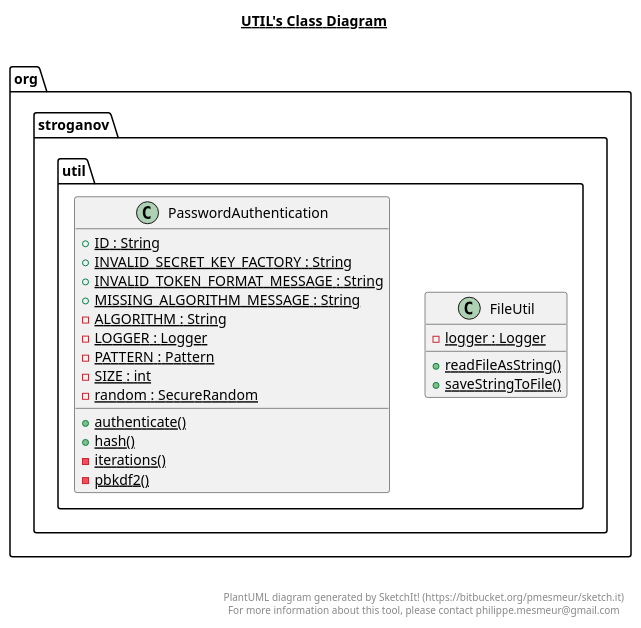
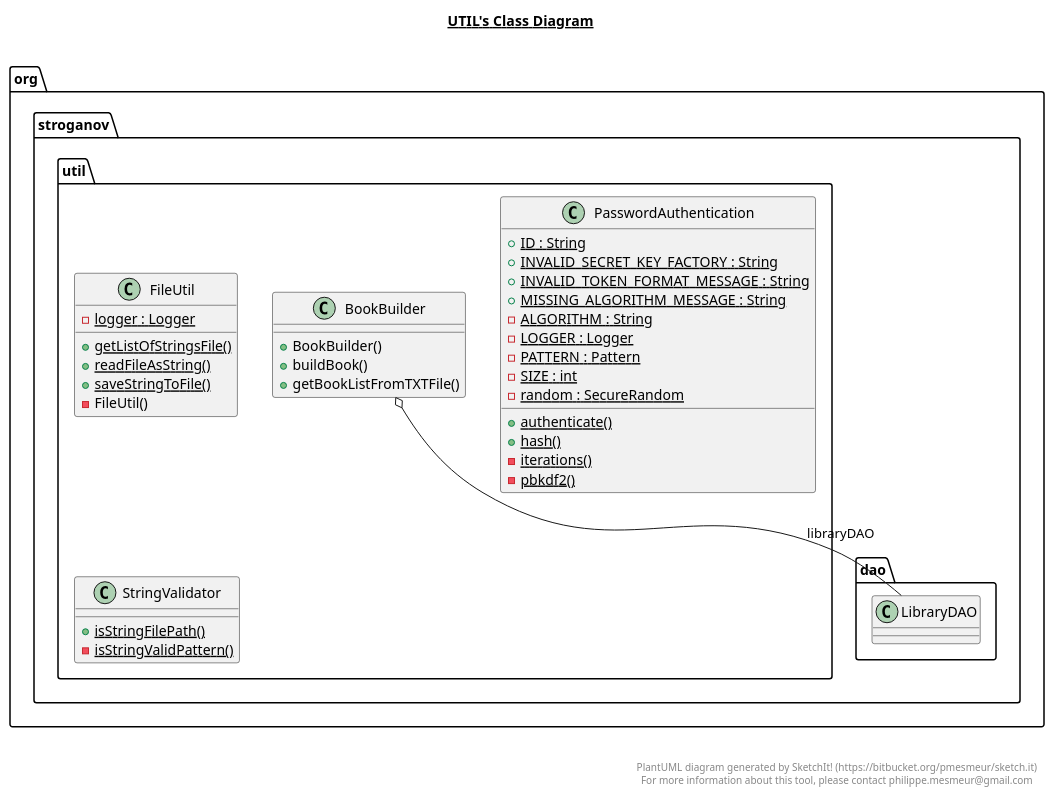
One commit to SergeyStroganoff/LibraryApp changed the diagram in src/main/java/org/stroganov/util/util.plantuml. Above: the diagram before and after it, drawn with PlantUML. The commit also changed 12 other files, not shown here.

```diff
--- a/src/main/java/org/stroganov/util/util.plantuml
+++ b/src/main/java/org/stroganov/util/util.plantuml
@@ -1,46 +1,70 @@
 @startuml
 
 title __UTIL's Class Diagram__\n
 
   namespace org.stroganov {
     namespace util {
+      class org.stroganov.util.BookBuilder {
+          + BookBuilder()
+          + buildBook()
+          + getBookListFromTXTFile()
+      }
+    }
+  }
+  
+
+  namespace org.stroganov {
+    namespace util {
       class org.stroganov.util.FileUtil {
           {static} - logger : Logger
+          {static} + getListOfStringsFile()
           {static} + readFileAsString()
           {static} + saveStringToFile()
+          - FileUtil()
       }
     }
   }
   
 
   namespace org.stroganov {
     namespace util {
       class org.stroganov.util.PasswordAuthentication {
           {static} + ID : String
           {static} + INVALID_SECRET_KEY_FACTORY : String
           {static} + INVALID_TOKEN_FORMAT_MESSAGE : String
           {static} + MISSING_ALGORITHM_MESSAGE : String
           {static} - ALGORITHM : String
           {static} - LOGGER : Logger
           {static} - PATTERN : Pattern
           {static} - SIZE : int
           {static} - random : SecureRandom
           {static} + authenticate()
           {static} + hash()
           {static} - iterations()
           {static} - pbkdf2()
       }
     }
   }
   
 
+  namespace org.stroganov {
+    namespace util {
+      class org.stroganov.util.StringValidator {
+          {static} + isStringFilePath()
+          {static} - isStringValidPattern()
+      }
+    }
+  }
+  
+
+  org.stroganov.util.BookBuilder o-- org.stroganov.dao.LibraryDAO : libraryDAO
 
 
 right footer
 
 
 PlantUML diagram generated by SketchIt! (https://bitbucket.org/pmesmeur/sketch.it)
 For more information about this tool, please contact philippe.mesmeur@gmail.com
 endfooter
 
 @enduml
```
